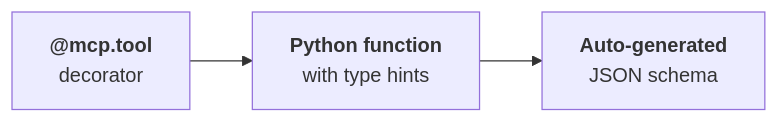
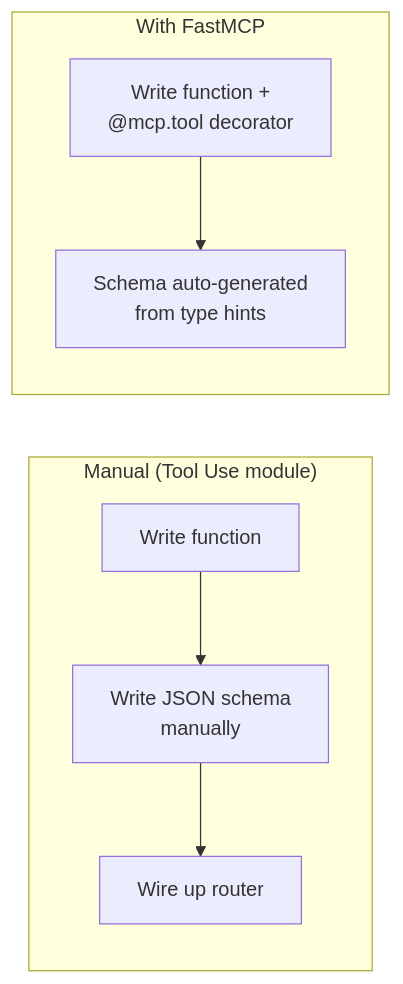
Before and after one commit to shreyabaid007/Claude-Certified-Architect: the seventh of 12 diagrams in 02-Building-with-the-Claude-API/07-Model-Context-Protocol.md, drawn with Mermaid. The commit also changed other lines of this file, not shown here.

First line of the commit message:
Rewrite MCP notes as a teaching narrative

````diff
--- a/02-Building-with-the-Claude-API/07-Model-Context-Protocol.md
+++ b/02-Building-with-the-Claude-API/07-Model-Context-Protocol.md
@@ -218,5 +290,11 @@
 ```mermaid
 flowchart LR
-    A["<b>@mcp.tool</b><br/>decorator"] --> B["<b>Python function</b><br/>with type hints"]
-    B --> C["<b>Auto-generated</b><br/>JSON schema"]
+    subgraph MANUAL ["Manual (Tool Use module)"]
+        A1["Write function"] --> A2["Write JSON schema<br/>manually"]
+        A2 --> A3["Wire up router"]
+    end
+    subgraph SDK ["With FastMCP"]
+        B1["Write function +<br/>@mcp.tool decorator"]
+        B1 --> B2["Schema auto-generated<br/>from type hints"]
+    end
 ```
````
